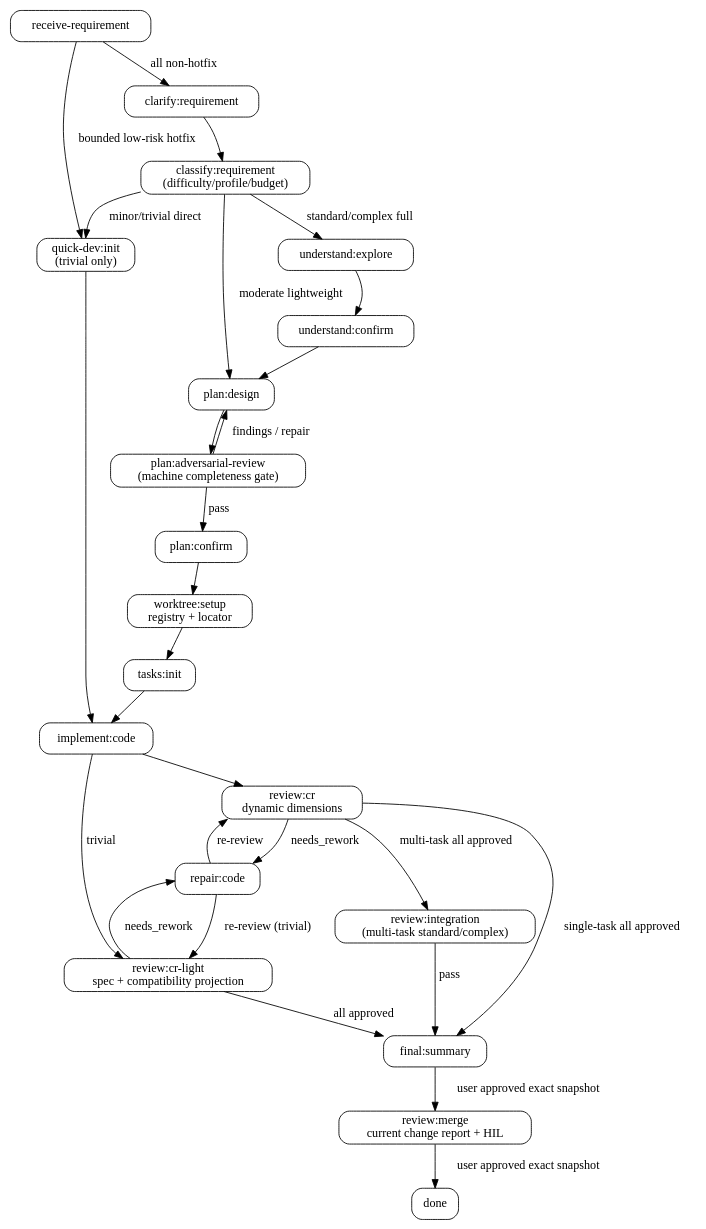
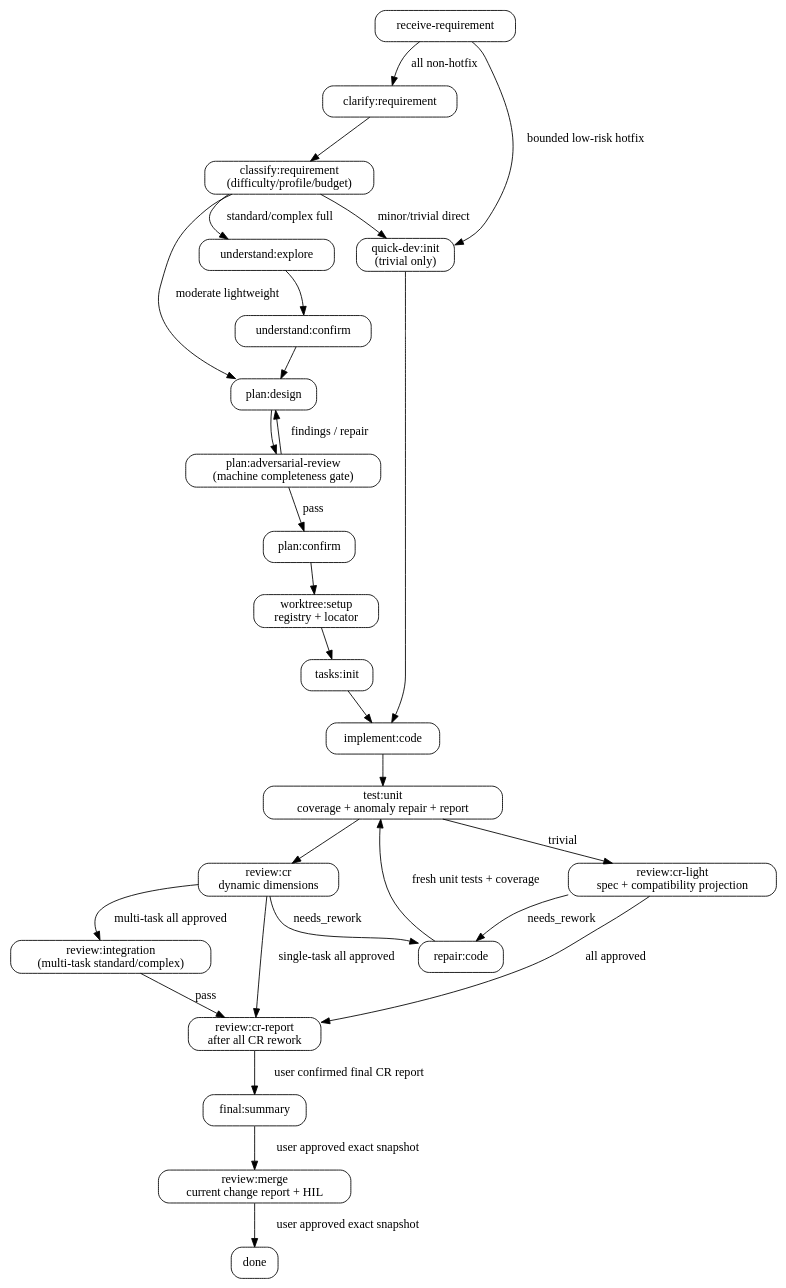
One commit to Jxin-Cai/chisel changed the diagram in skills/chisel/SKILL.md. Above: the diagram before and after it, drawn with Graphviz. The commit also changed other lines of this file and 42 other files, not shown here.

````diff
--- a/skills/chisel/SKILL.md
+++ b/skills/chisel/SKILL.md
@@ -104,49 +104,51 @@
 ```dot
 digraph chisel_flow {
   rankdir=TB; node [shape=box, style=rounded];
   receive [label="receive-requirement"];
   explore [label="understand:explore"];
   u_confirm [label="understand:confirm"];
   clarify [label="clarify:requirement"];
   classify [label="classify:requirement\n(difficulty/profile/budget)"];
   quickdev [label="quick-dev:init\n(trivial only)"];
   design [label="plan:design"];
   adversarial [label="plan:adversarial-review\n(machine completeness gate)"];
   p_confirm [label="plan:confirm"];
   worktree [label="worktree:setup\nregistry + locator"];
   tasks [label="tasks:init"];
   implement [label="implement:code"];
+  unittest [label="test:unit\ncoverage + anomaly repair + report"];
   review [label="review:cr\ndynamic dimensions"];
   review_light [label="review:cr-light\nspec + compatibility projection"];
   integration [label="review:integration\n(multi-task standard/complex)"];
+  cr_report [label="review:cr-report\nafter all CR rework"];
   repair [label="repair:code"];
   final [label="final:summary"];
   merge_review [label="review:merge\ncurrent change report + HIL"];
   done [label="done"];
 
   receive -> clarify [label="all non-hotfix"];
   receive -> quickdev [label="bounded low-risk hotfix"];
   clarify -> classify;
   classify -> quickdev [label="minor/trivial direct"];
   classify -> design [label="moderate lightweight"];
   classify -> explore [label="standard/complex full"];
   explore -> u_confirm -> design;
   quickdev -> implement;
   design -> adversarial;
   adversarial -> p_confirm [label="pass"];
   adversarial -> design [label="findings / repair"];
   p_confirm -> worktree;
   worktree -> tasks;
-  tasks -> implement -> review;
-  implement -> review_light [label="trivial"];
+  tasks -> implement -> unittest -> review;
+  unittest -> review_light [label="trivial"];
   review -> repair [label="needs_rework"];
   review_light -> repair [label="needs_rework"];
-  repair -> review [label="re-review"];
-  repair -> review_light [label="re-review (trivial)"];
+  repair -> unittest [label="fresh unit tests + coverage"];
   review -> integration [label="multi-task all approved"];
-  integration -> final [label="pass"];
-  review -> final [label="single-task all approved"];
-  review_light -> final [label="all approved"];
+  integration -> cr_report [label="pass"];
+  review -> cr_report [label="single-task all approved"];
+  review_light -> cr_report [label="all approved"];
+  cr_report -> final [label="user confirmed final CR report"];
   final -> merge_review -> done [label="user approved exact snapshot"];
 }
 ```
````
